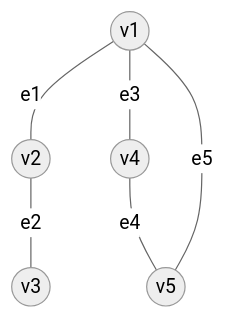
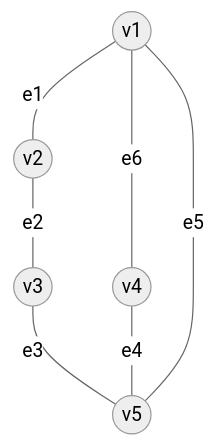
One commit to Arictronic/Testbag changed the fifth of 10 diagrams in Readme.Md. Above: the diagram before and after it, drawn with Mermaid (neutral theme). The commit also changed other lines of this file, not shown here.

````diff
--- a/Readme.Md
+++ b/Readme.Md
@@ -152,16 +155,17 @@
 ```mermaid
 graph TB
 v2((v2))
 v1((v1))
 v3((v3))
 v4((v4))
 v5((v5))
 
 v1 ---|e1| v2
 v2 ---|e2| v3
+v3 ---|e3| v5
 
-v1 ---|e3| v4
+v1 ---|e6| v4
 v4 ---|e4| v5
 
 v1 ---|e5| v5
 ```
````
